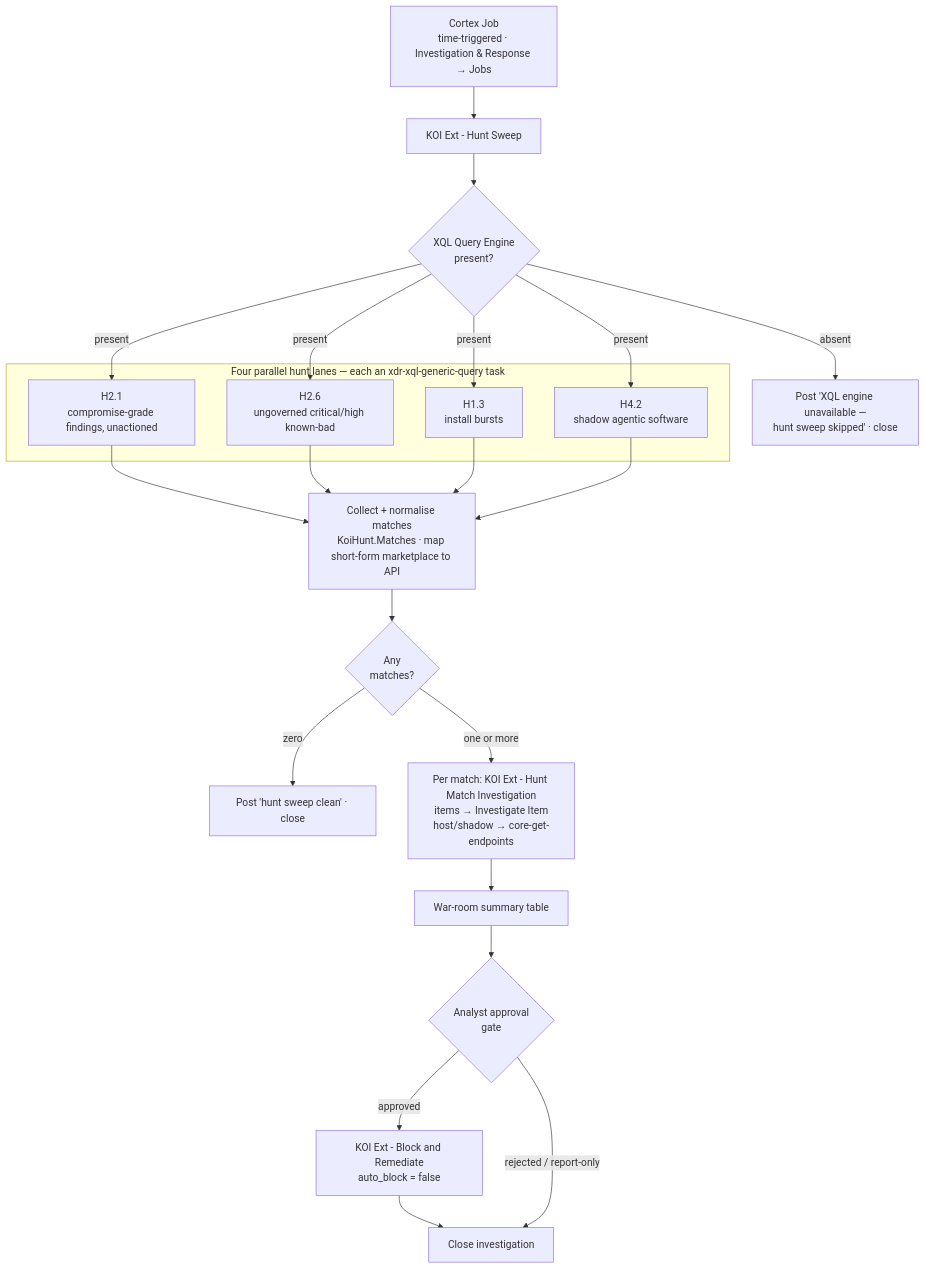
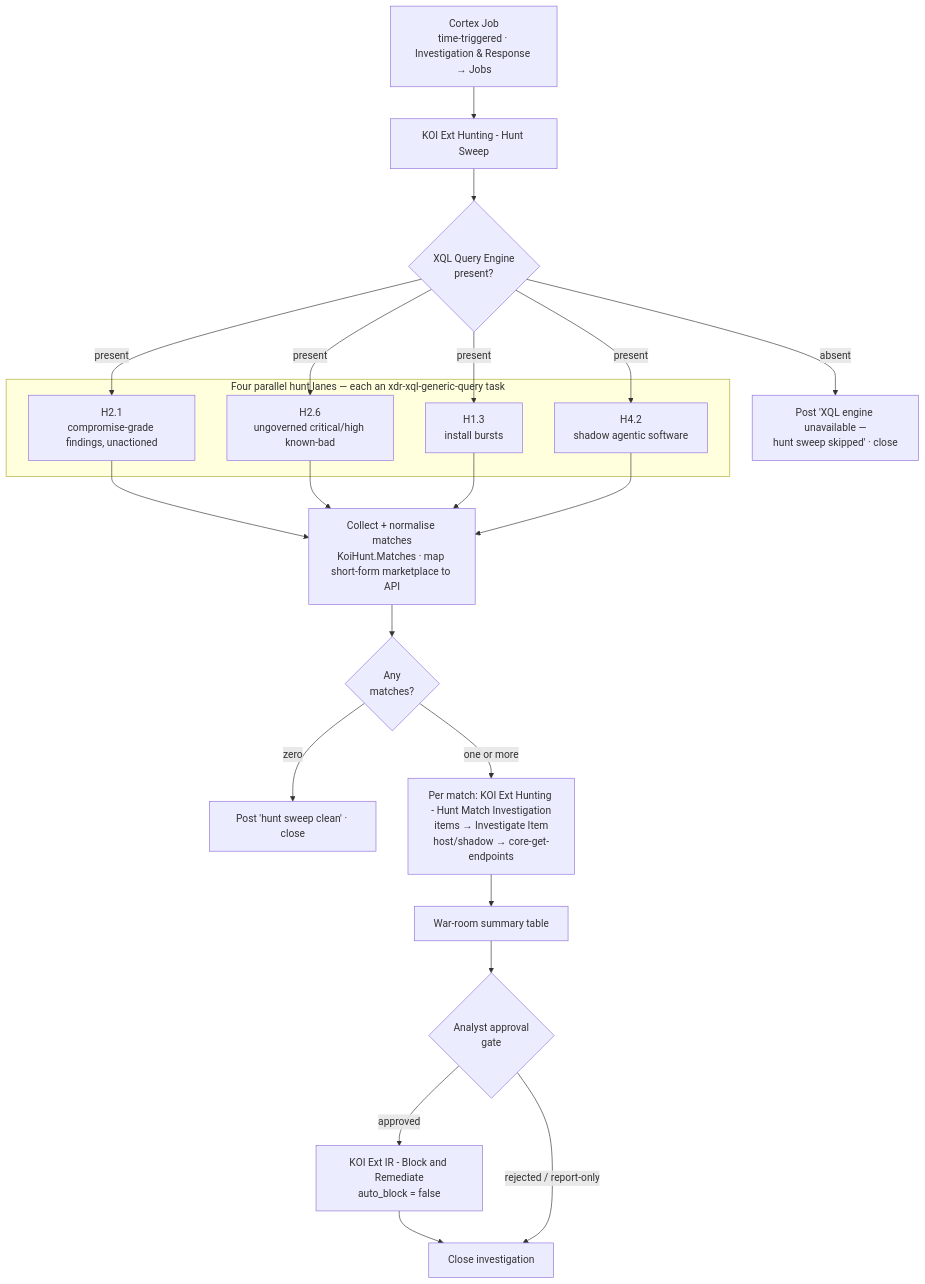
One commit to ayman-m/koi-xsiam-markeplacepack changed the second of 2 diagrams in docs/OPERATIONS.md. Above: the diagram before and after it, drawn with Mermaid. The commit also changed other lines of this file and 25 other files, not shown here.

````diff
--- a/docs/OPERATIONS.md
+++ b/docs/OPERATIONS.md
@@ -258,40 +258,40 @@
 ```mermaid
 flowchart TB
     JOB["Cortex Job<br/>time-triggered · Investigation & Response → Jobs"]
-    SWEEP["KOI Ext - Hunt Sweep"]
+    SWEEP["KOI Ext Hunting - Hunt Sweep"]
     ENGINE{"XQL Query Engine<br/>present?"}
     SKIP["Post 'XQL engine unavailable —<br/>hunt sweep skipped' · close"]
 
     subgraph HUNTS["Four parallel hunt lanes — each an xdr-xql-generic-query task"]
         H21["H2.1<br/>compromise-grade findings, unactioned"]
         H26["H2.6<br/>ungoverned critical/high known-bad"]
         H13["H1.3<br/>install bursts"]
         H42["H4.2<br/>shadow agentic software"]
     end
 
     NORM["Collect + normalise matches<br/>KoiHunt.Matches · map short-form marketplace to API"]
     ANY{"Any<br/>matches?"}
     CLEAN["Post 'hunt sweep clean' · close"]
-    INV["Per match: KOI Ext - Hunt Match Investigation<br/>items → Investigate Item<br/>host/shadow → core-get-endpoints"]
+    INV["Per match: KOI Ext Hunting - Hunt Match Investigation<br/>items → Investigate Item<br/>host/shadow → core-get-endpoints"]
     TABLE["War-room summary table"]
     GATE{"Analyst approval<br/>gate"}
-    BLOCK["KOI Ext - Block and Remediate<br/>auto_block = false"]
+    BLOCK["KOI Ext IR - Block and Remediate<br/>auto_block = false"]
     CLOSE["Close investigation"]
 
     JOB --> SWEEP --> ENGINE
     ENGINE -->|"absent"| SKIP
     ENGINE -->|"present"| H21
     ENGINE -->|"present"| H26
     ENGINE -->|"present"| H13
     ENGINE -->|"present"| H42
     H21 --> NORM
     H26 --> NORM
     H13 --> NORM
     H42 --> NORM
     NORM --> ANY
     ANY -->|"zero"| CLEAN
     ANY -->|"one or more"| INV
     INV --> TABLE --> GATE
     GATE -->|"approved"| BLOCK --> CLOSE
     GATE -->|"rejected / report-only"| CLOSE
 ```
````
